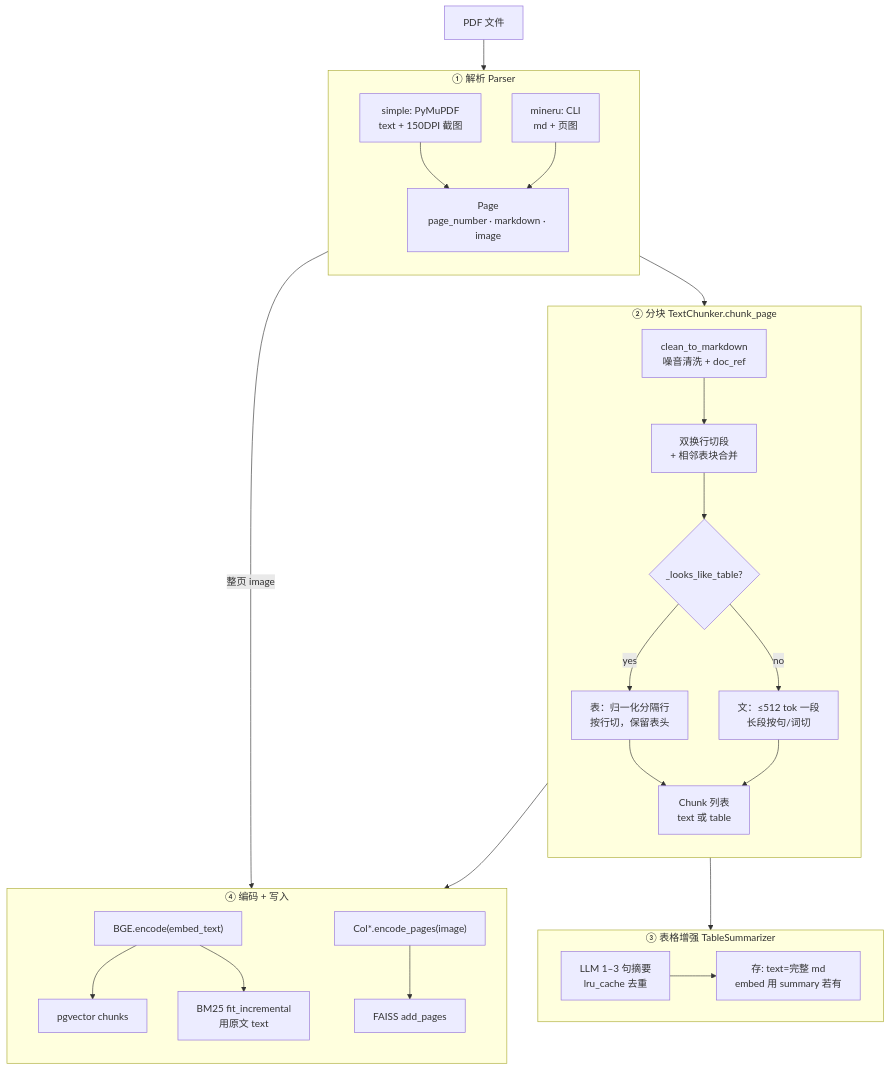
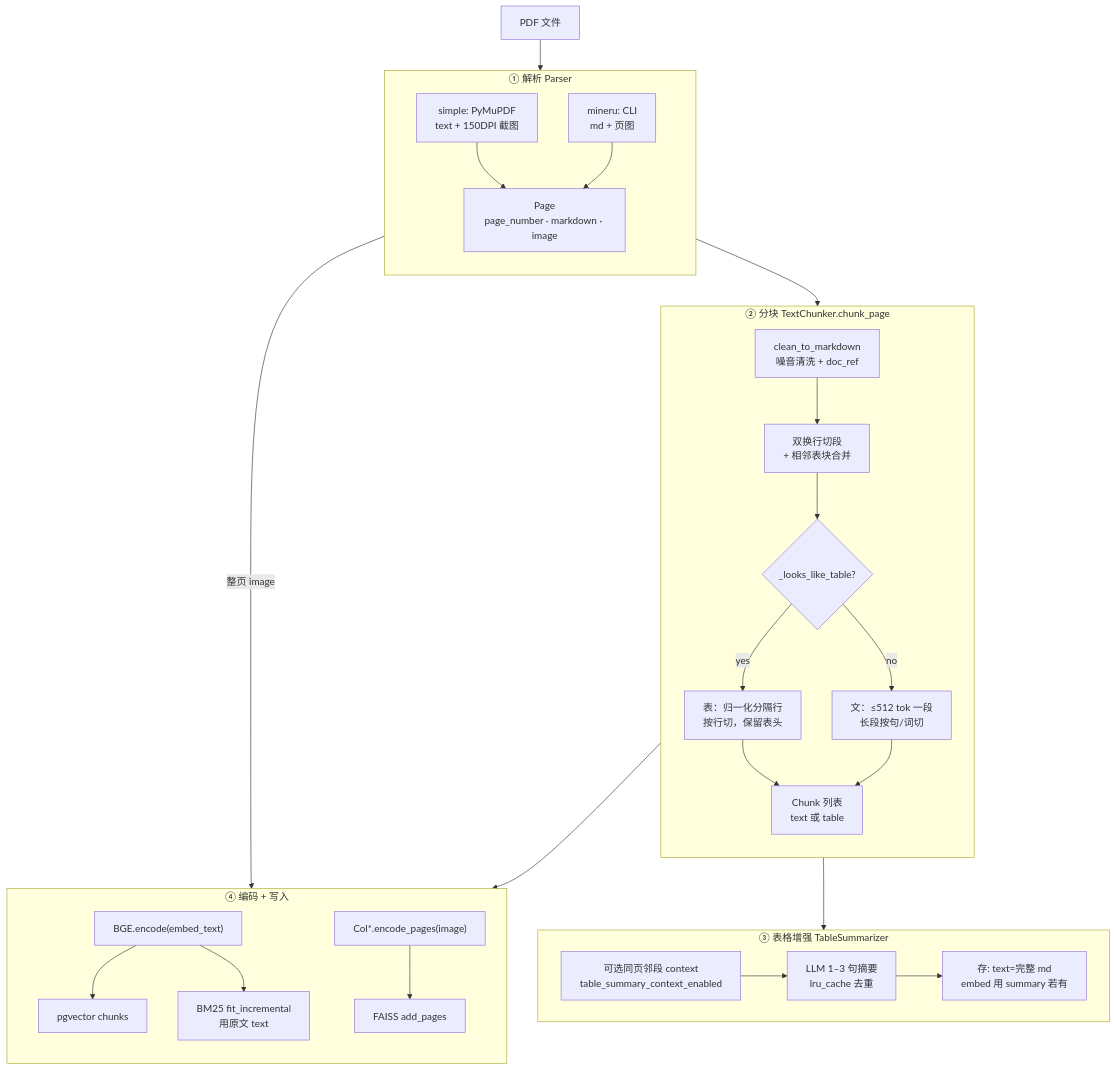
Before and after one commit to zyascend/prism-rag: the first of 6 diagrams in docs/architecture/content-pipeline.md, drawn with Mermaid. The commit also changed other lines of this file and 12 other files, not shown here.

First line of the commit message:
feat(ingest): Phase A0/A1 上下文表摘要 + content-pipeline 路线图

````diff
--- a/docs/architecture/content-pipeline.md
+++ b/docs/architecture/content-pipeline.md
@@ -37,51 +38,52 @@
 ```mermaid
 flowchart TB
   PDF["PDF 文件"]
 
   subgraph Parse["① 解析 Parser"]
     direction TB
     SP["simple: PyMuPDF<br/>text + 150DPI 截图"]
     MU["mineru: CLI<br/>md + 页图"]
     Page["Page<br/>page_number · markdown · image"]
     SP --> Page
     MU --> Page
   end
 
   subgraph Chunk["② 分块 TextChunker.chunk_page"]
     direction TB
     Clean["clean_to_markdown<br/>噪音清洗 + doc_ref"]
     Split["双换行切段<br/>+ 相邻表块合并"]
     Branch{"_looks_like_table?"}
     TSplit["表：归一化分隔行<br/>按行切，保留表头"]
     XSplit["文：≤512 tok 一段<br/>长段按句/词切"]
     Chunks["Chunk 列表<br/>text 或 table"]
     Clean --> Split --> Branch
     Branch -->|yes| TSplit --> Chunks
     Branch -->|no| XSplit --> Chunks
   end
 
   subgraph Enrich["③ 表格增强 TableSummarizer"]
     direction LR
+    Ctx["可选同页邻段 context<br/>table_summary_context_enabled"]
     Sum["LLM 1–3 句摘要<br/>lru_cache 去重"]
     Dual["存: text=完整 md<br/>embed 用 summary 若有"]
-    Sum --> Dual
+    Ctx --> Sum --> Dual
   end
 
   subgraph Encode["④ 编码 + 写入"]
     direction TB
     BGE["BGE.encode(embed_text)"]
     PG["pgvector chunks"]
     BM["BM25 fit_incremental<br/>用原文 text"]
     Col["Col*.encode_pages(image)"]
     FA["FAISS add_pages"]
     BGE --> PG
     BGE --> BM
     Col --> FA
   end
 
   PDF --> Parse
   Page --> Chunk
   Chunks --> Enrich
   Chunks --> Encode
   Page -->|整页 image| Encode
 ```
````
